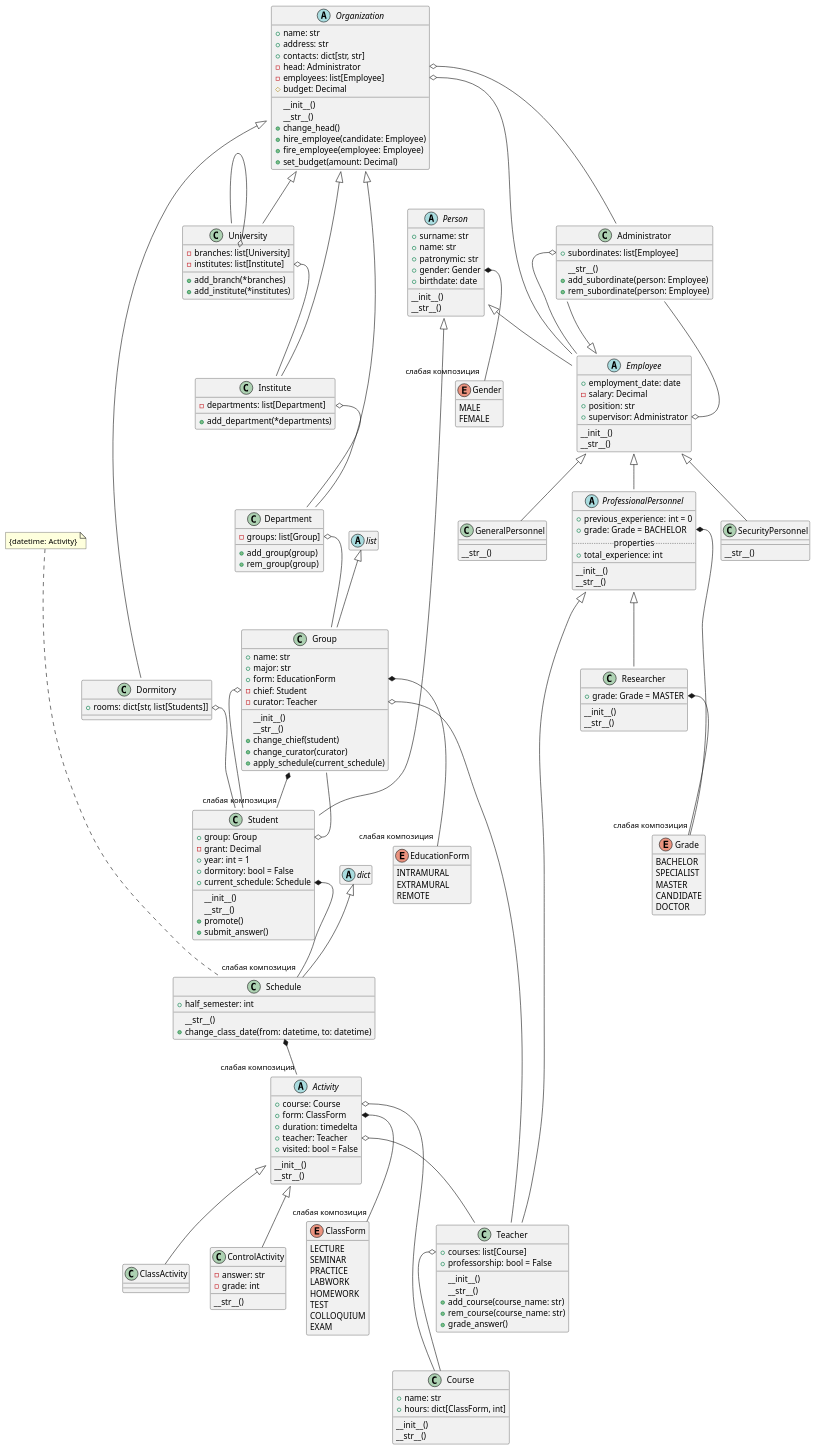
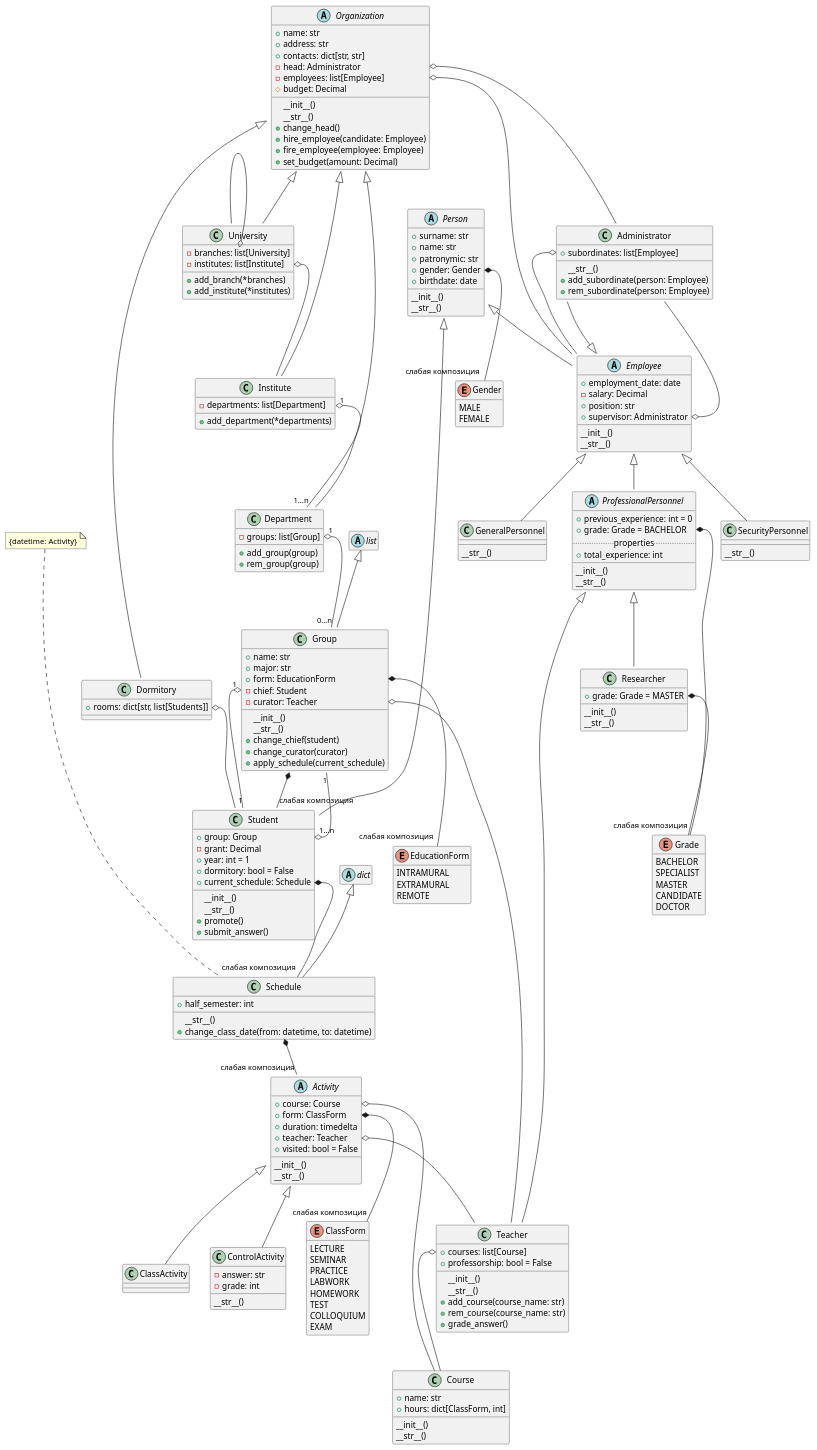
Before and after one commit to TOP-Python223/_scripts: the diagram in university.puml, drawn with PlantUML.

Commit message:
кратность связей ассоциации

```diff
--- a/university.puml
+++ b/university.puml
@@ -73,7 +73,7 @@
     -departments: list[Department]
     +add_department(*departments)
 }
-Institute::departments o-- Department
+Institute::departments "1" o-- "1…n" Department
 
 
 class Department {
@@ -81,7 +81,7 @@
     +add_group(group)
     +rem_group(group)
 }
-Department::groups o-- Group
+Department::groups "1" o-- "0…n" Group
 
 
 abstract class list
@@ -102,7 +102,7 @@
 }
 Group *-- "слабая композиция" Student
 Group::form *-- "слабая композиция" EducationForm
-Group::chief o-- Student
+Group::chief "1" o-- "1" Student
 Group::curator o-- Teacher
 
 
@@ -165,7 +165,7 @@
     +promote()
     +submit_answer()
 }
-Student::group o-- Group
+Student::group "1…n" o-- "1" Group
 Student::current_schedule *-- "слабая композиция" Schedule
 
 
```
